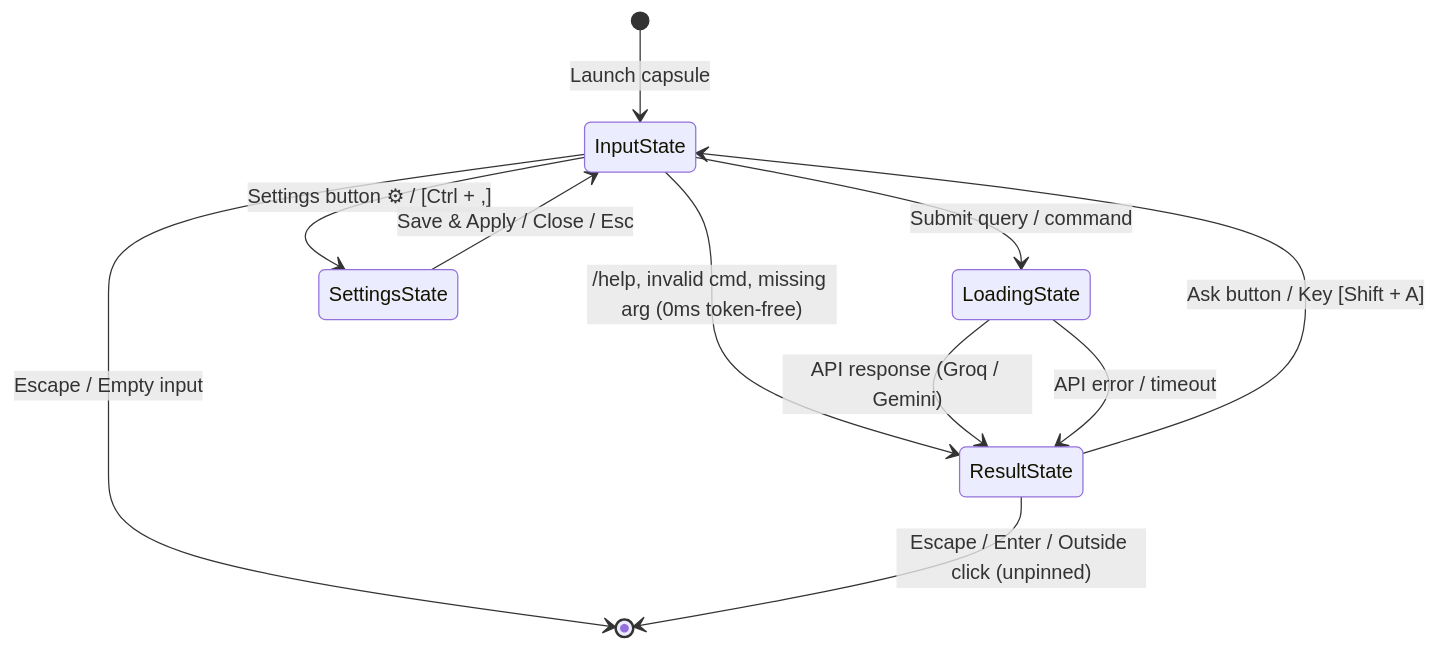
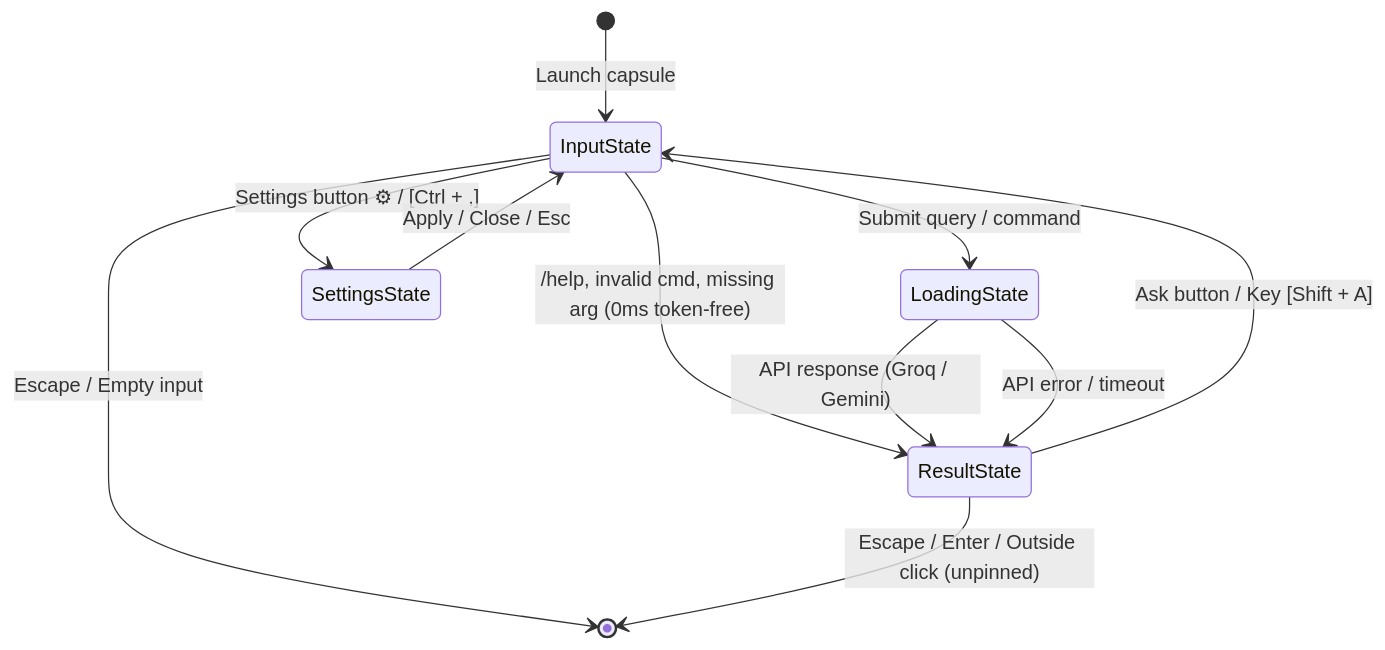
Before and after one commit to tw-vapas/CAsk: the second of 2 diagrams in context.md, drawn with Mermaid. The commit also changed other lines of this file and 1 other file, not shown here.

Commit message:
docs: document model settings fixes and UI recommendations

````diff
--- a/context.md
+++ b/context.md
@@ -68,13 +68,13 @@
 ```mermaid
 stateDiagram-v2
     [*] --> InputState: Launch capsule
     InputState --> LoadingState: Submit query / command
     InputState --> SettingsState: Settings button ⚙ / [Ctrl + ,]
-    SettingsState --> InputState: Save & Apply / Close / Esc
+    SettingsState --> InputState: Apply / Close / Esc
     InputState --> ResultState: /help, invalid cmd, missing arg (0ms token-free)
     InputState --> [*]: Escape / Empty input
     LoadingState --> ResultState: API response (Groq / Gemini)
     LoadingState --> ResultState: API error / timeout
     ResultState --> InputState: Ask button / Key [Shift + A]
     ResultState --> [*]: Escape / Enter / Outside click (unpinned)
 ```
````
